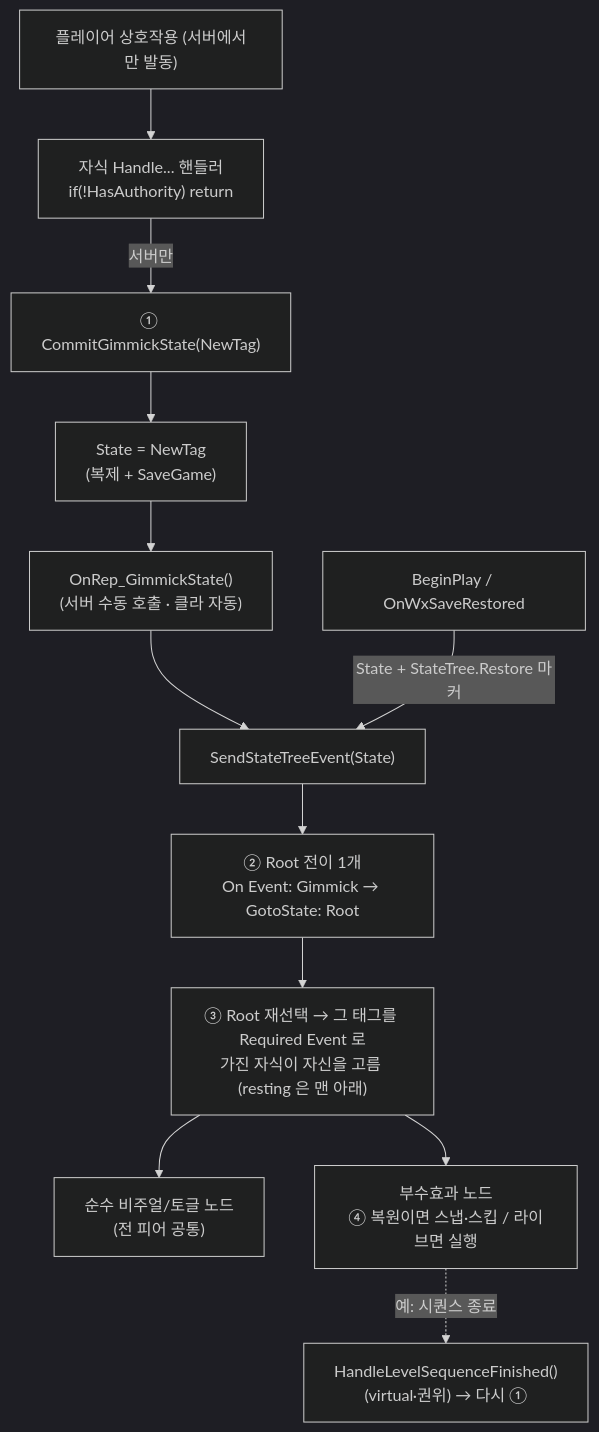
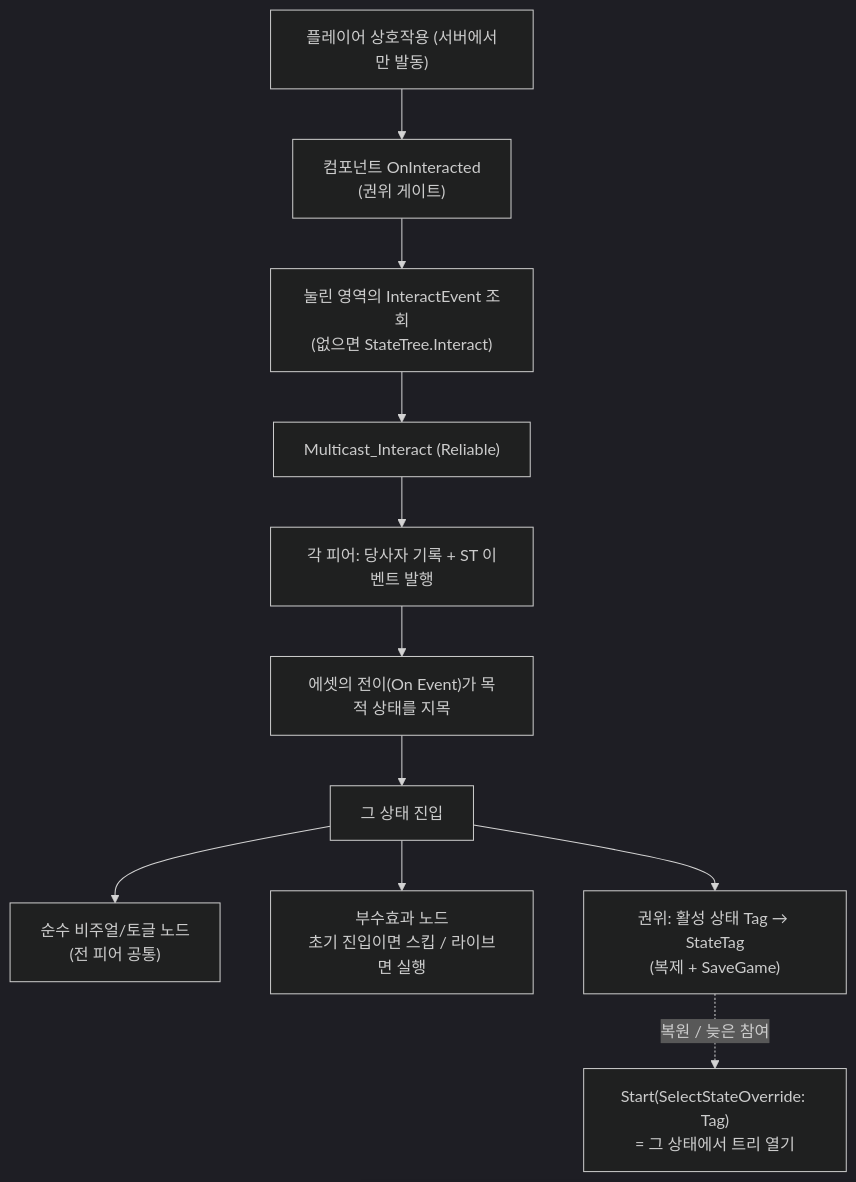
The diagram in Docs/Programmer/Gimmick_State_Authority.md (Woogl/ProjectWx), drawn with Mermaid (dark theme) before and after one commit. The commit also changed other lines of this file and 40 other files, not shown here.

First line of the commit message:
기믹 상태·상호작용을 WxGimmickStateTreeComponent 로 이관

````diff
--- a/Docs/Programmer/Gimmick_State_Authority.md
+++ b/Docs/Programmer/Gimmick_State_Authority.md
@@ -47,15 +49,13 @@
 ```mermaid
 flowchart TD
-    Input["플레이어 상호작용 (서버에서만 발동)"] --> Handle["자식 Handle... 핸들러<br/>if(!HasAuthority) return"]
-    Handle -->|"서버만"| Commit["① CommitGimmickState(NewTag)"]
-    Commit --> Write["State = NewTag<br/>(복제 + SaveGame)"]
-    Write --> OnRep["OnRep_GimmickState()<br/>(서버 수동 호출 · 클라 자동)"]
-    OnRep --> Send["SendStateTreeEvent(State)"]
-    Send --> Trans["② Root 전이 1개<br/>On Event: Gimmick → GotoState: Root"]
-    Trans --> Enter["③ Root 재선택 → 그 태그를 Required Event 로<br/>가진 자식이 자신을 고름 (resting 은 맨 아래)"]
+    Input["플레이어 상호작용 (서버에서만 발동)"] --> OnInteracted["컴포넌트 OnInteracted<br/>(권위 게이트)"]
+    OnInteracted --> Lookup["눌린 영역의 InteractEvent 조회<br/>(없으면 StateTree.Interact)"]
+    Lookup --> Multicast["Multicast_Interact (Reliable)"]
+    Multicast --> Peers["각 피어: 당사자 기록 + ST 이벤트 발행"]
+    Peers --> Trans["에셋의 전이(On Event)가 목적 상태를 지목"]
+    Trans --> Enter["그 상태 진입"]
     Enter --> Pure["순수 비주얼/토글 노드<br/>(전 피어 공통)"]
-    Enter --> Side["부수효과 노드<br/>④ 복원이면 스냅·스킵 / 라이브면 실행"]
-    Side -. "예: 시퀀스 종료" .-> Cb["HandleLevelSequenceFinished()<br/>(virtual·권위) → 다시 ①"]
-
-    Restore["BeginPlay / OnWxSaveRestored"] -->|"State + StateTree.Restore 마커"| Send
+    Enter --> Side["부수효과 노드<br/>초기 진입이면 스킵 / 라이브면 실행"]
+    Enter --> Save["권위: 활성 상태 Tag → StateTag<br/>(복제 + SaveGame)"]
+    Save -. "복원 / 늦은 참여" .-> Start["Start(SelectStateOverride: Tag)<br/>= 그 상태에서 트리 열기"]
 ```
````
